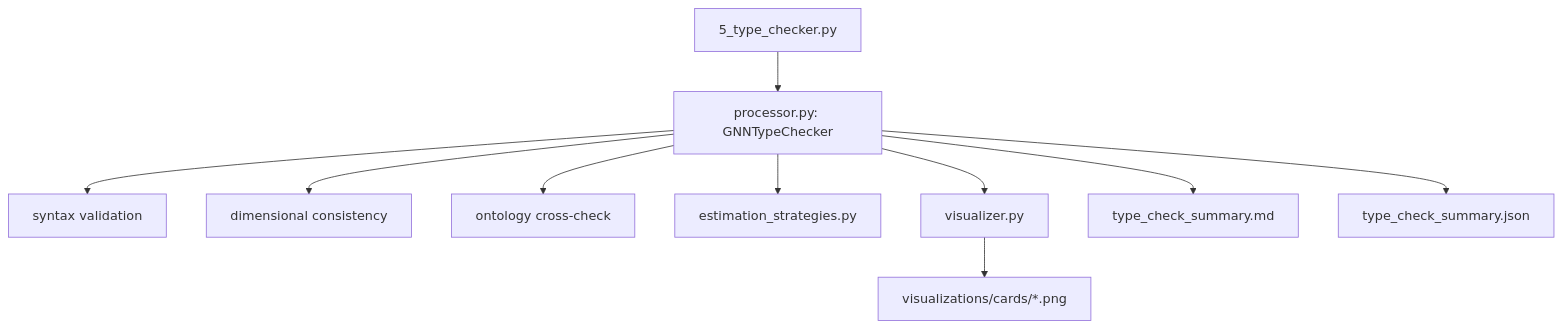
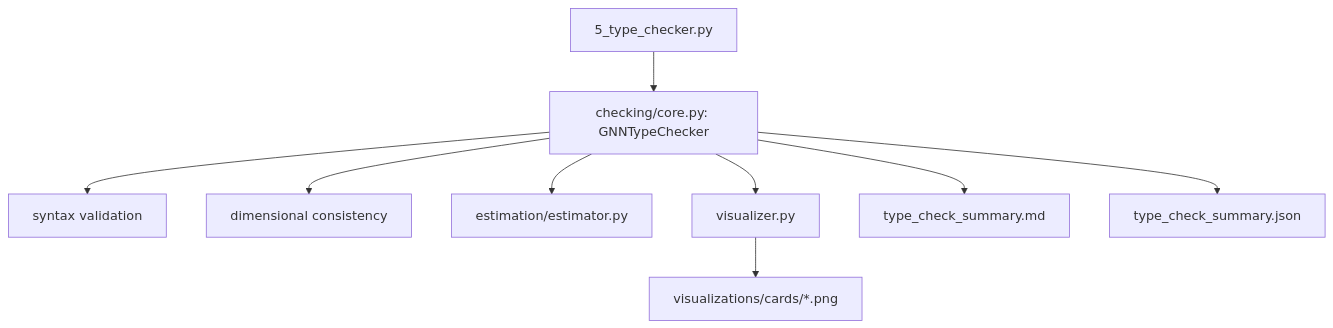
The diagram in docs/gnn/modules/05_type_checker.md (ActiveInferenceInstitute/GeneralizedNotationNotation), drawn with Mermaid before and after one commit. The commit also changed other lines of this file and 126 other files, not shown here.

````diff
--- a/docs/gnn/modules/05_type_checker.md
+++ b/docs/gnn/modules/05_type_checker.md
@@ -21,12 +21,11 @@
 ```mermaid
 graph TD
-    Pipeline[5_type_checker.py] --> Orchestrator[processor.py: GNNTypeChecker]
+    Pipeline[5_type_checker.py] --> Orchestrator[checking/core.py: GNNTypeChecker]
     Orchestrator --> Syntax[syntax validation]
     Orchestrator --> Dims[dimensional consistency]
-    Orchestrator --> Ontology[ontology cross-check]
-    Orchestrator --> Estim[estimation_strategies.py]
+    Orchestrator --> Estim[estimation/estimator.py]
     Orchestrator --> Viz[visualizer.py]
     Viz --> Cards[visualizations/cards/*.png]
     Orchestrator --> Summary[type_check_summary.md]
     Orchestrator --> SummaryJson[type_check_summary.json]
 ```
````
